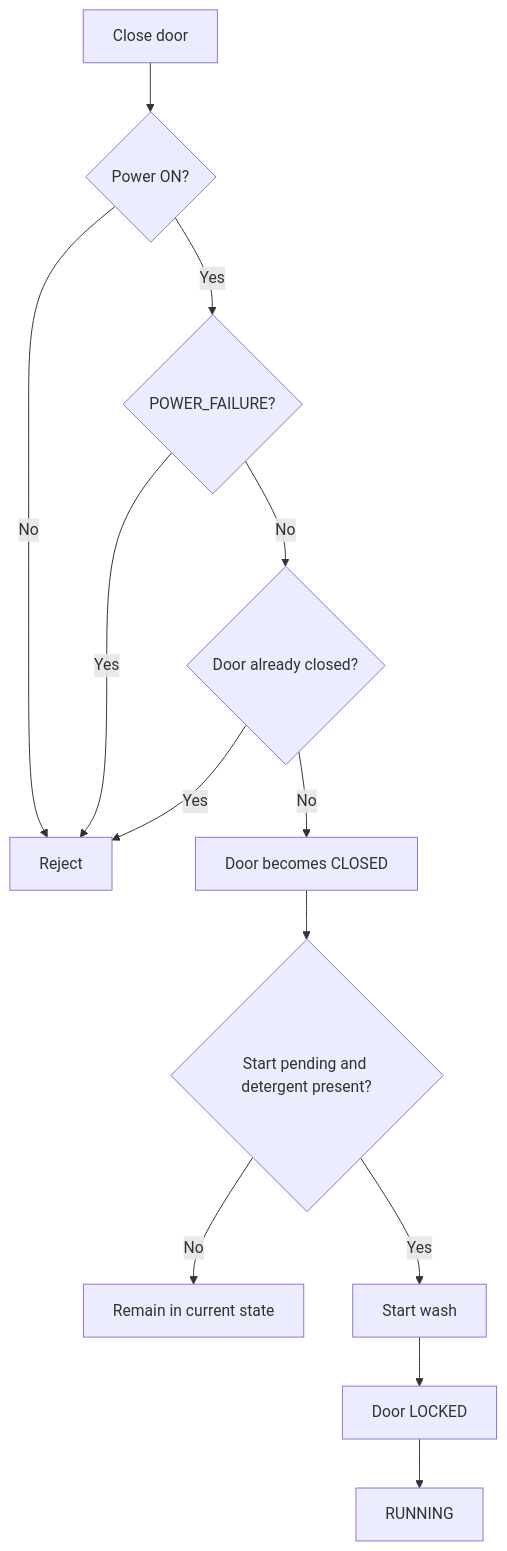
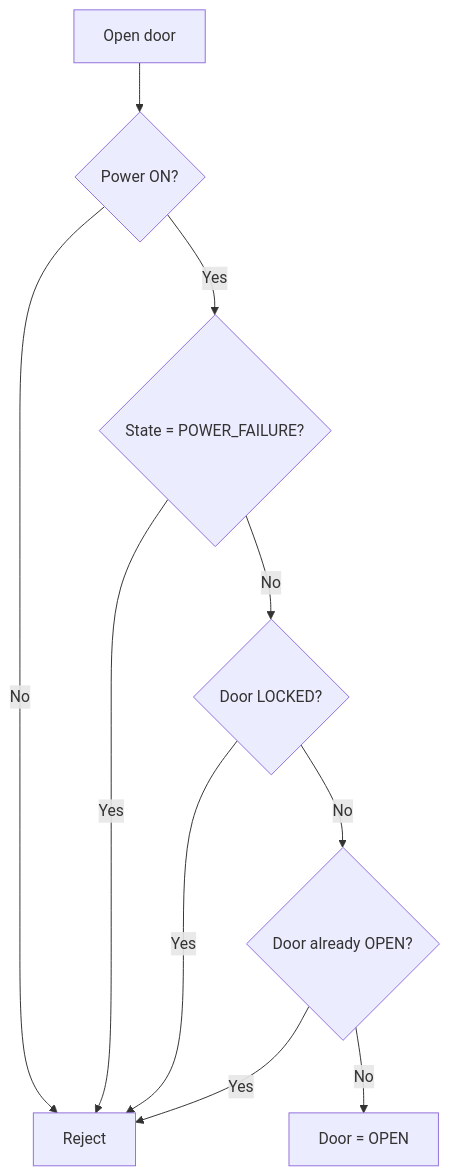
The fifth of 19 diagrams in README.md (BMMADHUMITHA/weighted_rr), drawn with Mermaid before and after one commit. The commit also changed other lines of this file, not shown here.

````diff
--- a/README.md
+++ b/README.md
@@ -250,15 +239,12 @@
 ```mermaid
 flowchart TD
-    A[Close door] --> B{Power ON?}
+    A[Open door] --> B{Power ON?}
     B -- No --> X[Reject]
-    B -- Yes --> C{POWER_FAILURE?}
+    B -- Yes --> C{State = POWER_FAILURE?}
     C -- Yes --> X
-    C -- No --> D{Door already closed?}
+    C -- No --> D{Door LOCKED?}
     D -- Yes --> X
-    D -- No --> E[Door becomes CLOSED]
-    E --> F{Start pending and detergent present?}
-    F -- No --> G[Remain in current state]
-    F -- Yes --> H[Start wash]
-    H --> I[Door LOCKED]
-    I --> J[RUNNING]
+    D -- No --> E{Door already OPEN?}
+    E -- Yes --> X
+    E -- No --> F[Door = OPEN]
 ```
````
